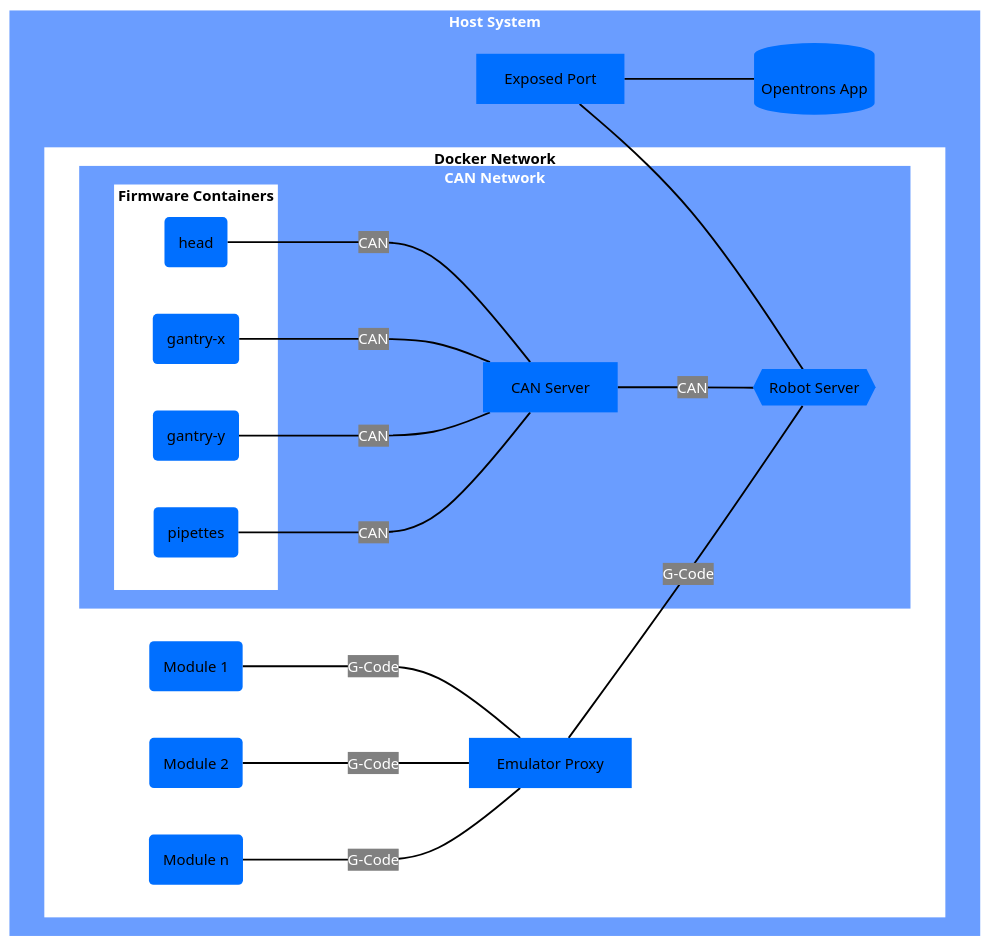
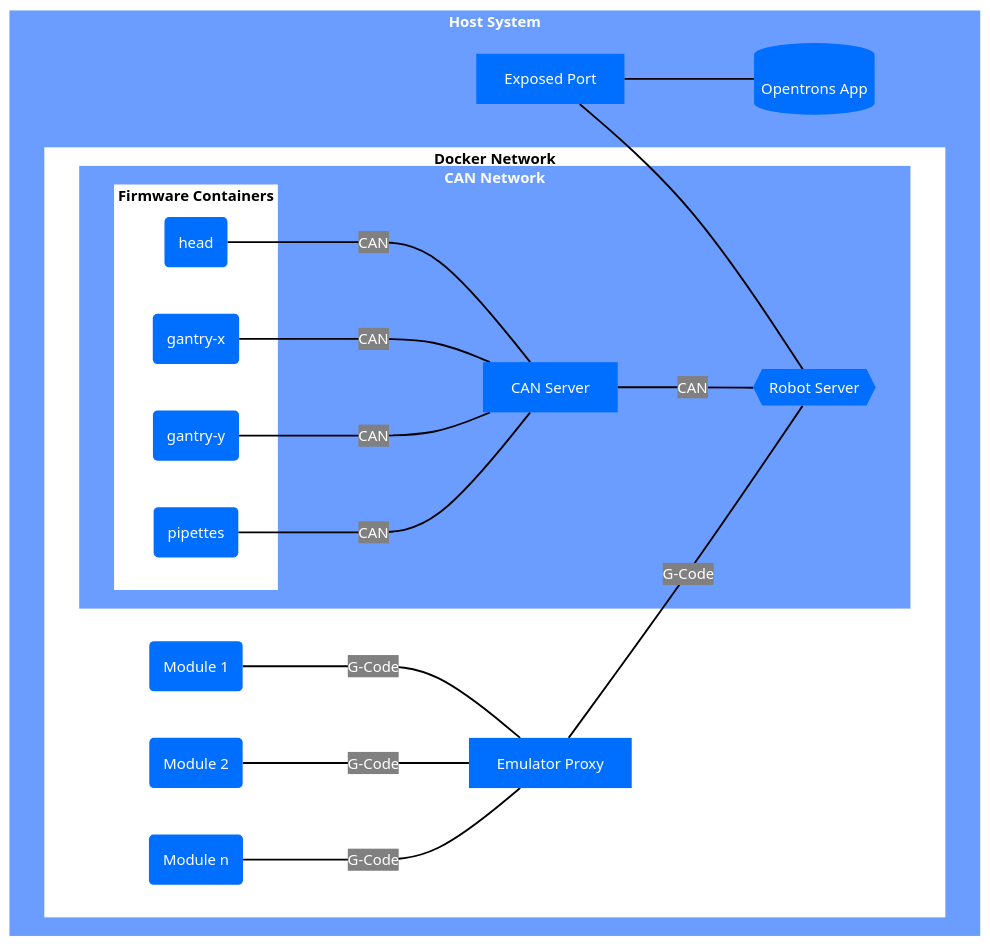
The sixth of 7 diagrams in docs/ARCHITECTURE.md (Opentrons/opentrons-emulation), drawn with Mermaid before and after one commit. The commit also changed other lines of this file, not shown here.

Commit message:
docs: Add Build Artifact Architecture Diagram

````diff
--- a/docs/ARCHITECTURE.md
+++ b/docs/ARCHITECTURE.md
@@ -221,65 +234,65 @@
 ```mermaid
-%%{init: {'theme': 'base', 'themeVariables': { 'edgeLabelBackground': '#808080', 'background':'#ffffff'}}}%%
+%%{init: {'theme': 'base', 'themeVariables': { 'edgeLabelBackground': '#808080'}}}%%
 
 flowchart LR
     robot_server{{Robot Server}} --CAN--- can_server[CAN Server]
     robot_server --- exposed_port[Exposed Port]
     app[(Opentrons App)] --- exposed_port
     robot_server --"G-Code"--- emulator_proxy[Emulator Proxy]
 
     subgraph hs[Host System]
         direction RL
         app
         exposed_port
         
         subgraph dn[Docker Network]
             robot_server
             can_server
             head
             gantry_x
             gantry_y
             pipettes
             module_1
             module_2
             module_n
             emulator_proxy
             
             subgraph cn[CAN Network]
                 robot_server
                 can_server
                 head
                 gantry_x
                 gantry_y
                 pipettes
                 
                     subgraph fc [Firmware Containers]
                         head(head)
                         gantry_x(gantry-x)
                         gantry_y(gantry-y)
                         pipettes(pipettes)
                         
                     end
             end
         end
     end
 
     can_server --CAN---- head(head)
     can_server --CAN---- gantry_x(gantry-x)
     can_server --CAN---- gantry_y(gantry-y)
     can_server --CAN---- pipettes(pipettes)
 
     emulator_proxy --G-Code---- module_1(Module 1)
     emulator_proxy --G-Code---- module_2(Module 2)
     emulator_proxy --G-Code---- module_n(Module n)
 
 
     classDef primarySubgraphStyle fill:#6a9dff,stroke-width:0px,color:white,font-weight:bold;
     classDef secondarySubgraphStyle fill:#ffffff,stroke-width:0px,color:black,font-weight:bold;
     class cn,hs primarySubgraphStyle;
     class dn,fc secondarySubgraphStyle;
     
-    classDef node fill:#006fff,color:#000000,stroke-width:0px;
+    classDef node fill:#006fff,color:#ffffff,stroke-width:0px;
     
     linkStyle default stroke:#000000,stroke-width:2px,color:white;
 
 ```
````
